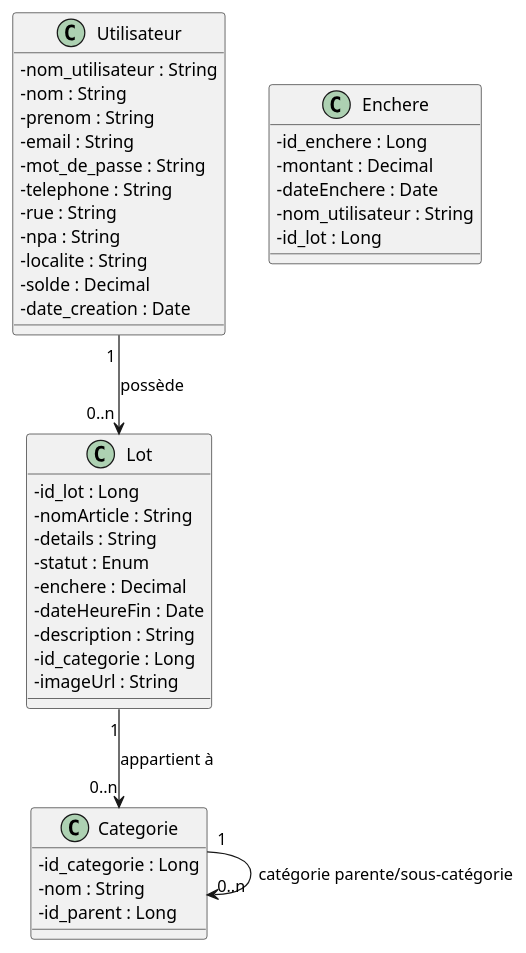
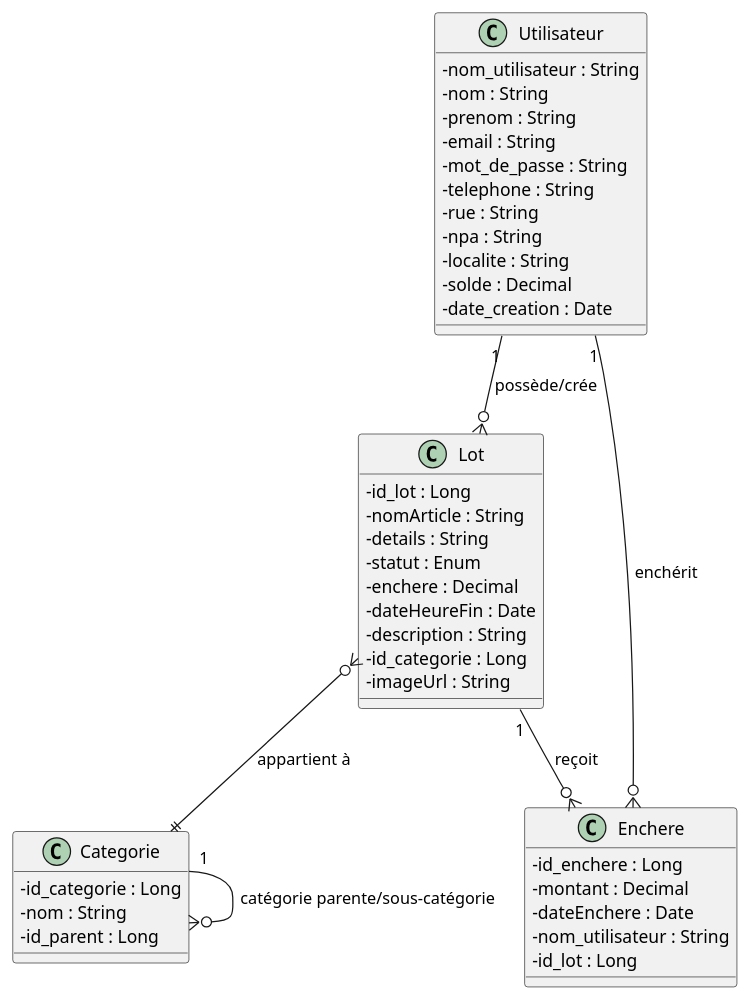
The diagram in docs/domain_model.puml (ETML-ES-LABEFE-SAM-YOAN/BACKEND), drawn with PlantUML before and after one commit.

Commit message:
DOC : Oublier de faire les relations entre la table enchere et les autres

```diff
--- a/docs/domain_model.puml
+++ b/docs/domain_model.puml
@@ -1,49 +1,52 @@
 @startuml
 
 skinparam classAttributeIconSize 0
 
 class Utilisateur {
     - nom_utilisateur : String
     - nom : String
     - prenom : String
     - email : String
     - mot_de_passe : String
     - telephone : String
     - rue : String
     - npa : String
     - localite : String
     - solde : Decimal
     - date_creation : Date
 }
 
 class Lot {
     - id_lot : Long
     - nomArticle : String
     - details : String
     - statut : Enum
     - enchere : Decimal
     - dateHeureFin : Date
     - description : String
     - id_categorie : Long
     - imageUrl : String
 }
 
 class Categorie {
     - id_categorie : Long
     - nom : String
     - id_parent : Long
 }
 
 class Enchere {
     - id_enchere : Long
     - montant : Decimal
     - dateEnchere : Date
     - nom_utilisateur : String
     - id_lot : Long
 }
 
-Utilisateur "1 " --> "0..n " Lot : "possède"
-Lot "1" --> "0..n" Categorie : "appartient à"
-Categorie "1" --> "0..n" Categorie : "catégorie parente/sous-catégorie"
+' Relations principales
+Utilisateur "1" --o{ Lot : "possède/crée"
+Lot "1" --o{ Enchere : "reçoit"
+Utilisateur "1" --o{ Enchere : "enchérit"
+Lot }o--|| Categorie : "appartient à"
+Categorie "1" --o{ Categorie : "catégorie parente/sous-catégorie"
 
 @enduml
```
